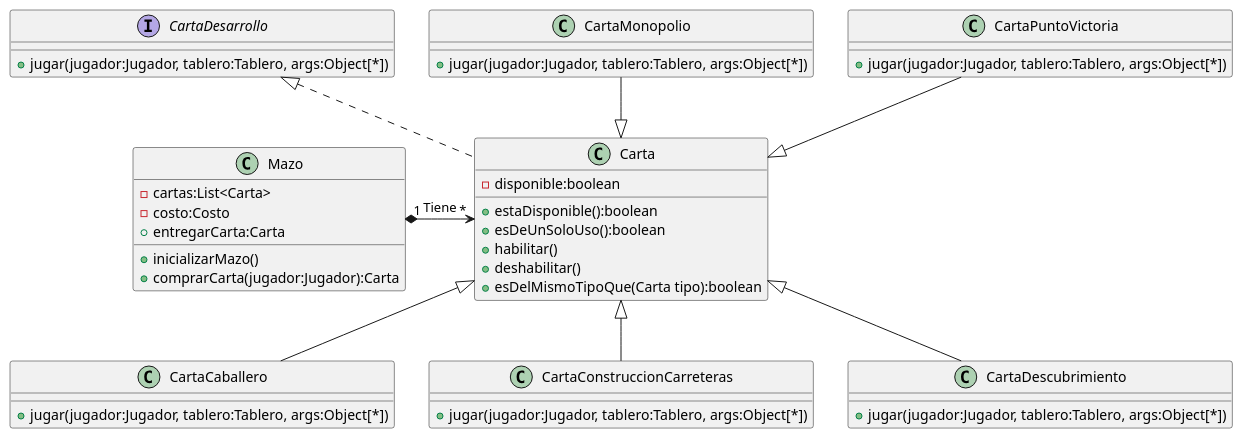
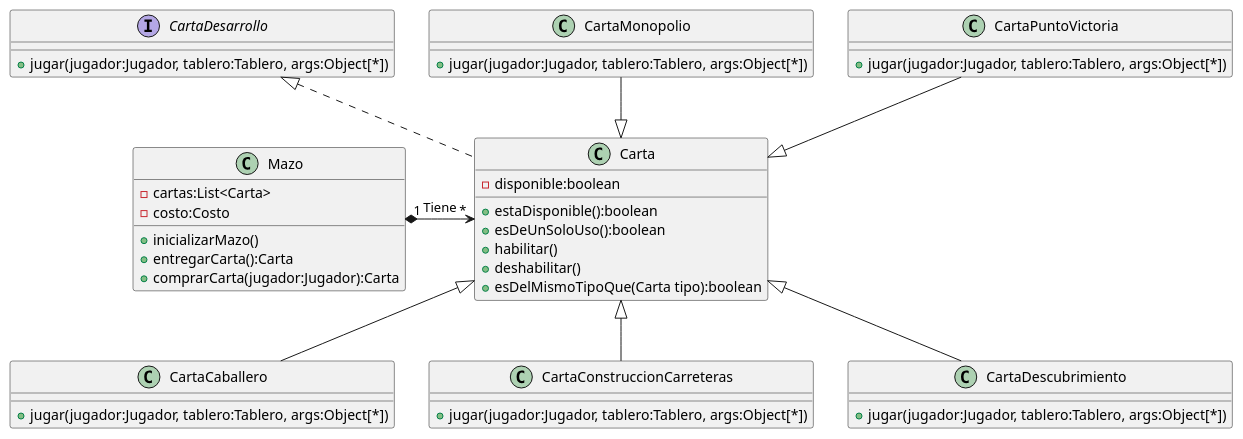
Before and after one commit to alejandrodelcs/tp2-algo3: the diagram in diagrams/classes/dc-carta-cartadesarrollo.puml, drawn with PlantUML. The commit also changed 12 other files, not shown here.

Commit message:
diagramas paquetes

```diff
--- a/diagrams/classes/dc-carta-cartadesarrollo.puml
+++ b/diagrams/classes/dc-carta-cartadesarrollo.puml
@@ -1,65 +1,65 @@
 @startuml
 
 
 
 class Carta implements CartaDesarrollo {
    -disponible:boolean
    +estaDisponible():boolean
    +esDeUnSoloUso():boolean
    +habilitar()
    +deshabilitar()
    +esDelMismoTipoQue(Carta tipo):boolean
 }
 
 
 class CartaCaballero{
     +jugar(jugador:Jugador, tablero:Tablero, args:Object[*])
 }
 
 class CartaConstruccionCarreteras{
     +jugar(jugador:Jugador, tablero:Tablero, args:Object[*])
 }
 
 
 
 
 interface CartaDesarrollo{
     +jugar(jugador:Jugador, tablero:Tablero, args:Object[*])
 }
 
 
 class CartaDescubrimiento{
    +jugar(jugador:Jugador, tablero:Tablero, args:Object[*])
 }
 
 
 
 class CartaMonopolio {
    +jugar(jugador:Jugador, tablero:Tablero, args:Object[*])
 }
 
 Class CartaPuntoVictoria {
    +jugar(jugador:Jugador, tablero:Tablero, args:Object[*])
 }
 
 
 Class Mazo {
     -cartas:List<Carta>
     -costo:Costo
-    +inicializarMazo()
-    +entregarCarta:Carta
-    +comprarCarta(jugador:Jugador):Carta
+    + inicializarMazo()
+    + entregarCarta():Carta
+    + comprarCarta(jugador:Jugador):Carta
 
 }
 
 
 Carta <|-- CartaCaballero
 Carta <|-- CartaConstruccionCarreteras
 Carta <|-- CartaDescubrimiento
 CartaMonopolio --|> Carta
 CartaPuntoVictoria --|> Carta
 
 Mazo "1" *-> "*" Carta : Tiene
 
 
 @enduml
```
